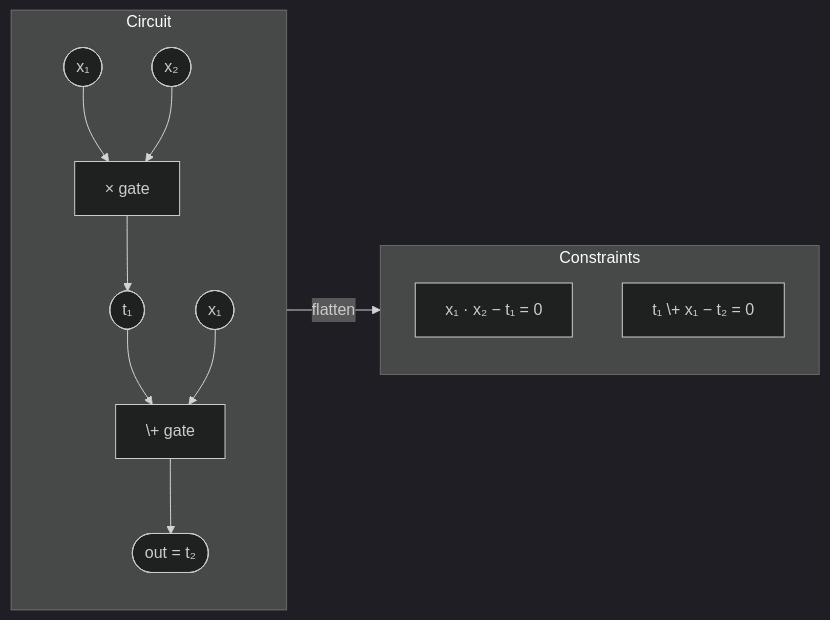
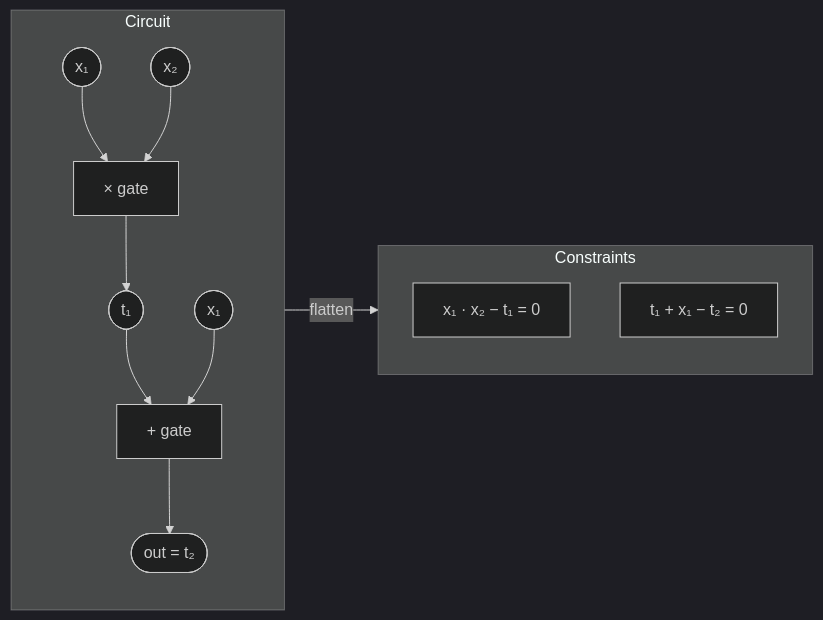
One commit to nhatminh65537/kitsu-quartz changed the first of 3 diagrams in content/zkverify-series/arithmetic-circuits/05-constraint-systems-overview.md. Above: the diagram before and after it, drawn with Mermaid (dark theme). The commit also changed other lines of this file and 127 other files, not shown here.

````diff
--- a/content/zkverify-series/arithmetic-circuits/05-constraint-systems-overview.md
+++ b/content/zkverify-series/arithmetic-circuits/05-constraint-systems-overview.md
@@ -66,14 +58,14 @@
 ```mermaid
 graph LR
     subgraph CIR["Circuit"]
         cx1([x₁]) & cx2([x₂]) --> mulg["× gate"]
         mulg --> ct1([t₁])
-        ct1 & cx1b([x₁]) --> addg["\+ gate"]
+        ct1 & cx1b([x₁]) --> addg["+ gate"]
         addg --> cout(["out = t₂"])
     end
     CIR -->|flatten| CON
     subgraph CON["Constraints"]
         c1["x₁ · x₂ − t₁ = 0"]
-        c2["t₁ \+ x₁ − t₂ = 0"]
+        c2["t₁ + x₁ − t₂ = 0"]
     end
 ```
````
